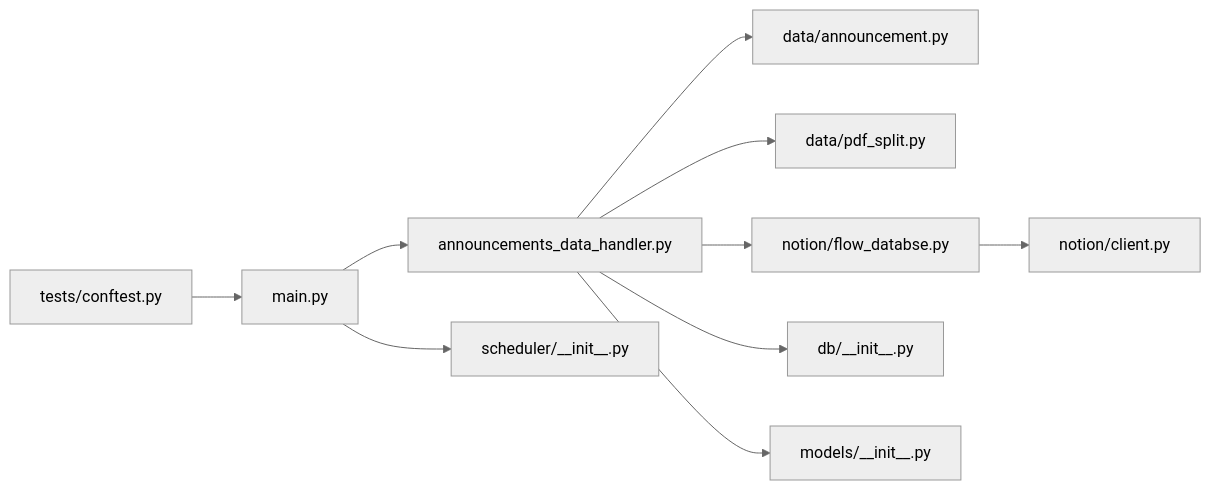
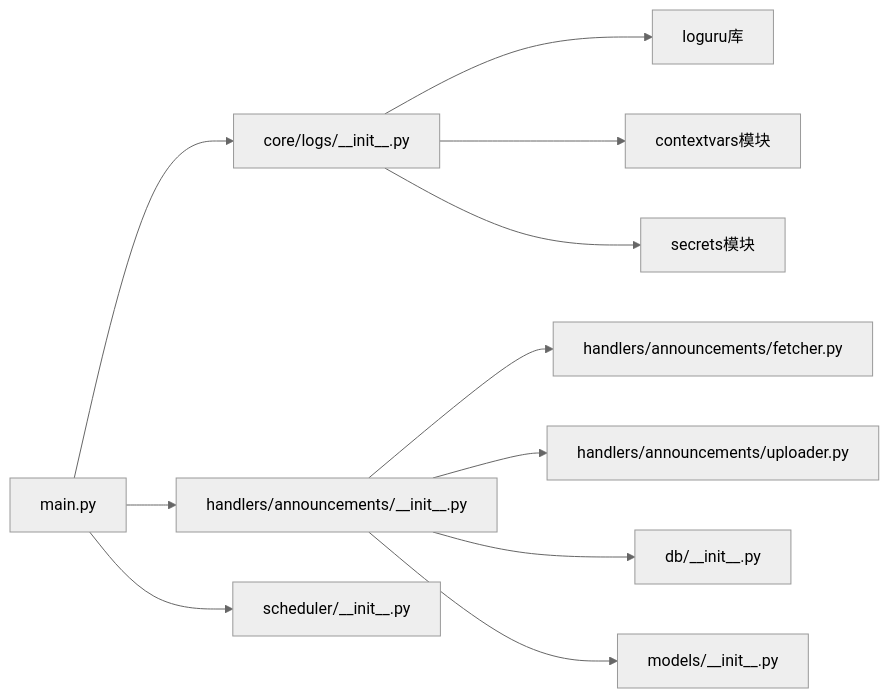
Before and after one commit to iverwong/DataLife: the eighth of 8 diagrams in .qoder/repowiki/zh/content/故障排除指南/日志分析与调试.md, drawn with Mermaid (neutral theme). The commit also changed other lines of this file and 14 other files, not shown here.

````diff
--- a/.qoder/repowiki/zh/content/故障排除指南/日志分析与调试.md
+++ b/.qoder/repowiki/zh/content/故障排除指南/日志分析与调试.md
@@ -260,12 +259,13 @@
 ```mermaid
 graph LR
-M["main.py"] --> H["announcements_data_handler.py"]
-H --> A["data/announcement.py"]
-H --> P["data/pdf_split.py"]
-H --> F["notion/flow_databse.py"]
-F --> N["notion/client.py"]
+M["main.py"] --> L["core/logs/__init__.py"]
+M --> H["handlers/announcements/__init__.py"]
+H --> A["handlers/announcements/fetcher.py"]
+H --> U["handlers/announcements/uploader.py"]
 H --> D["db/__init__.py"]
 H --> T["models/__init__.py"]
 M --> S["scheduler/__init__.py"]
-Tests["tests/conftest.py"] --> M
+L --> LOGURU["loguru库"]
+L --> CTX["contextvars模块"]
+L --> SEC["secrets模块"]
 ```
````
